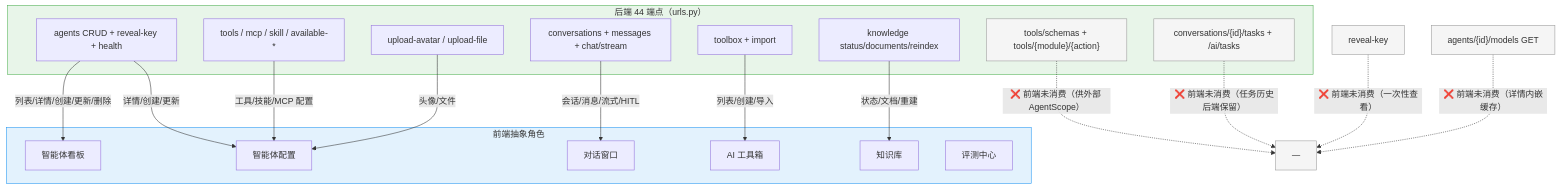
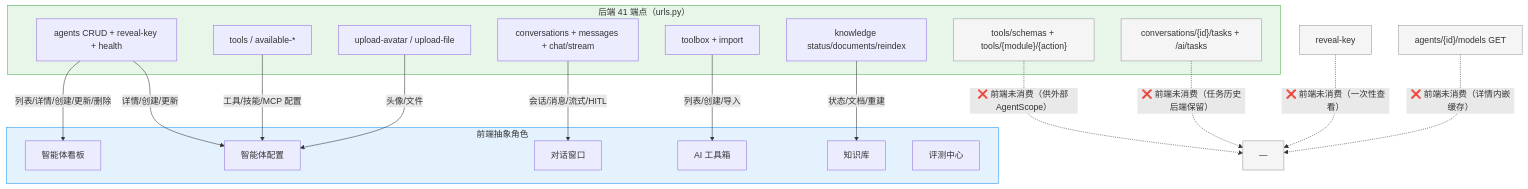
The fourth of 5 diagrams in dev_docs/03-设计与架构/ARCH-08-AI助手.md (Kahoku-lazy/Android-AutoTests), drawn with Mermaid before and after one commit. The commit also changed other lines of this file and 53 other files, not shown here.

````diff
--- a/dev_docs/03-设计与架构/ARCH-08-AI助手.md
+++ b/dev_docs/03-设计与架构/ARCH-08-AI助手.md
@@ -145,43 +149,43 @@
 ```mermaid
 flowchart TB
-    subgraph API["后端 44 端点（urls.py）"]
+    subgraph API["后端 41 端点（urls.py）"]
         A["agents CRUD + reveal-key + health"]
         C["conversations + messages + chat/stream"]
-        T["tools / mcp / skill / available-*"]
+        T["tools / available-*"]
         K["knowledge status/documents/reindex"]
         TB["toolbox + import"]
         U["upload-avatar / upload-file"]
         GW["tools/schemas + tools/{module}/{action}"]
         TASK["conversations/{id}/tasks + /ai/tasks"]
     end
 
     subgraph FE["前端抽象角色"]
         BOARD["智能体看板"]
         DETAIL["智能体配置"]
         CHAT["对话窗口"]
         TOOLBOX["AI 工具箱"]
         KB["知识库"]
         EVAL["评测中心"]
     end
 
     A -->|"列表/详情/创建/更新/删除"| BOARD
     A -->|"详情/创建/更新"| DETAIL
     C -->|"会话/消息/流式/HITL"| CHAT
     T -->|"工具/技能/MCP 配置"| DETAIL
     K -->|"状态/文档/重建"| KB
     TB -->|"列表/创建/导入"| TOOLBOX
     U -->|"头像/文件"| DETAIL
 
     GW -.->|"❌ 前端未消费（供外部 AgentScope）"| NO["—"]
     TASK -.->|"❌ 前端未消费（任务历史后端保留）"| NO
     REVEAL["reveal-key"] -.->|"❌ 前端未消费（一次性查看）"| NO
     MODELS["agents/{id}/models GET"] -.->|"❌ 前端未消费（详情内嵌缓存）"| NO
 
     style API fill:#e8f5e9,stroke:#4caf50
     style FE fill:#e3f2fd,stroke:#2196f3
     style GW fill:#f5f5f5,stroke:#999
     style TASK fill:#f5f5f5,stroke:#999
     style REVEAL fill:#f5f5f5,stroke:#999
     style MODELS fill:#f5f5f5,stroke:#999
     style NO fill:#f5f5f5,stroke:#999
 ```
````
